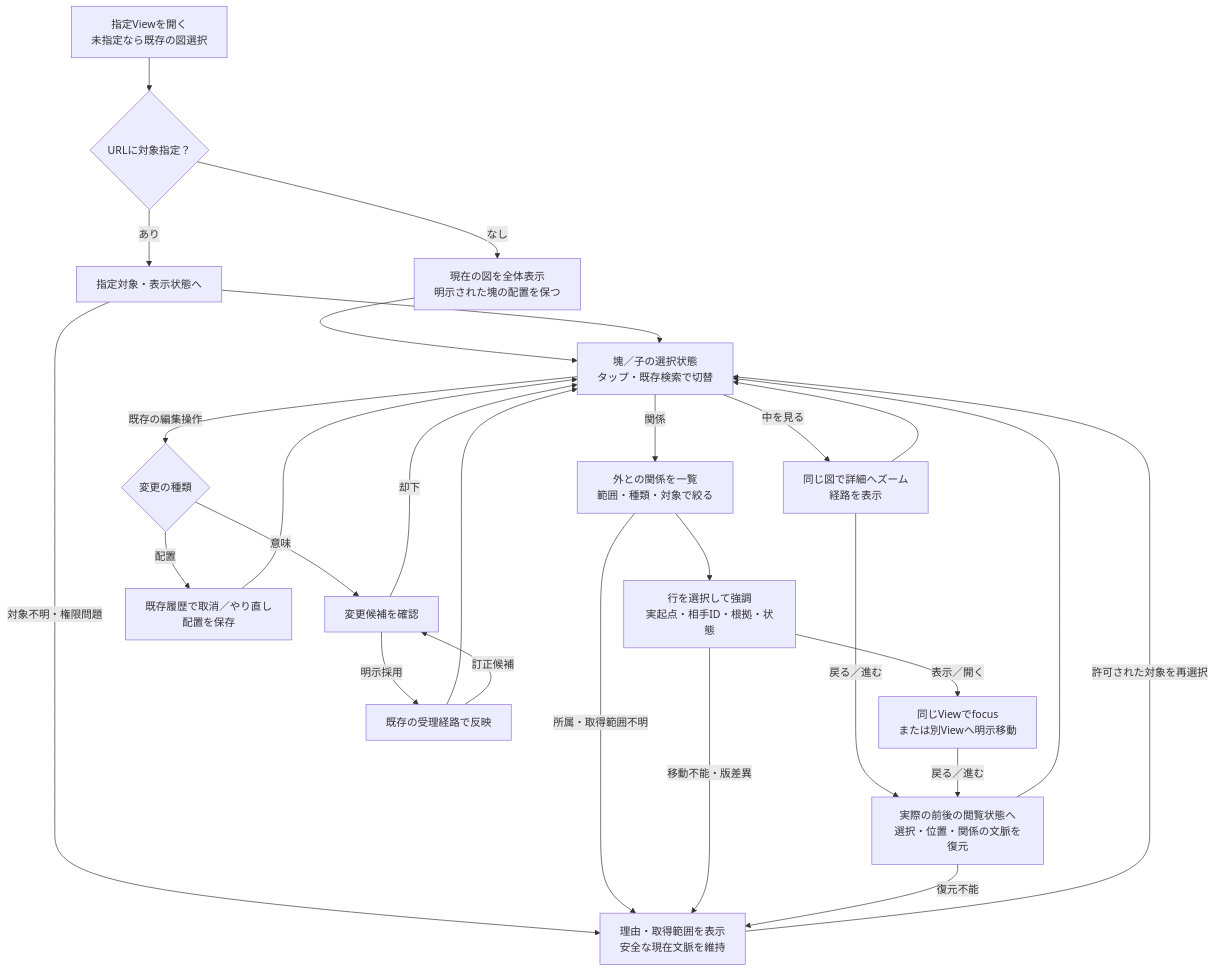
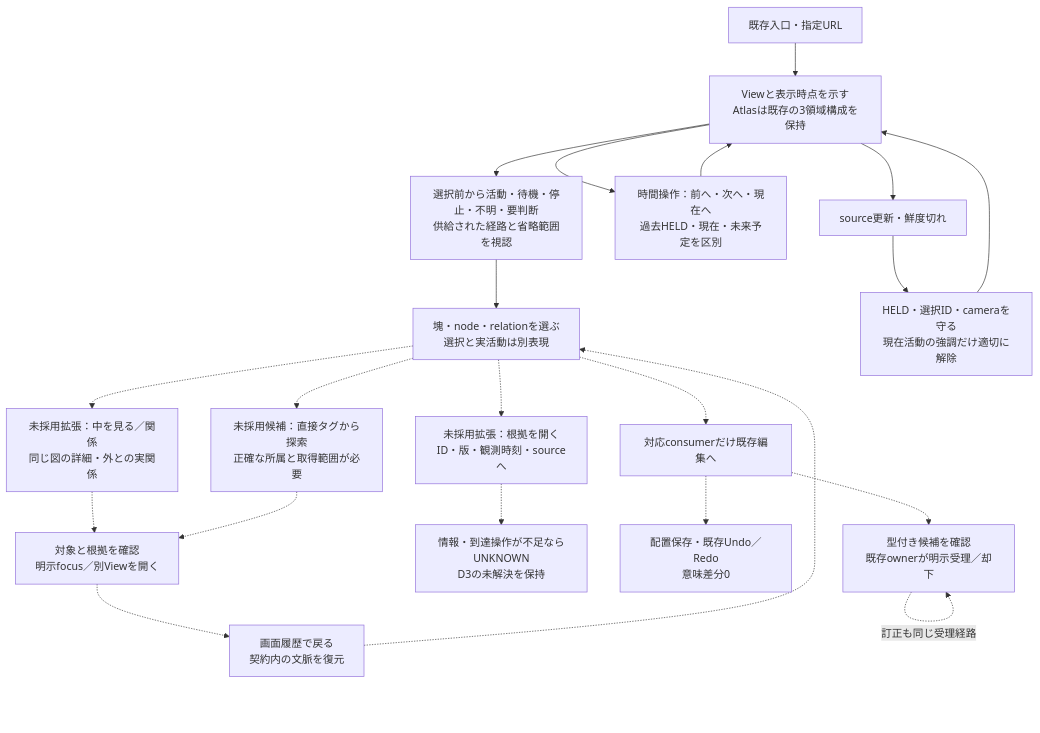
Before and after one commit to roccho-dev/ui: the first of 2 diagrams in docs/proposals/semantic-map-ux-verification-closure-345-397.md, drawn with Mermaid. The commit also changed other lines of this file, not shown here.

````diff
--- a/docs/proposals/semantic-map-ux-verification-closure-345-397.md
+++ b/docs/proposals/semantic-map-ux-verification-closure-345-397.md
@@ -78,29 +92,23 @@
 ```mermaid
 flowchart TD
-    A["指定Viewを開く<br/>未指定なら既存の図選択"] --> B{"URLに対象指定？"}
-    B -->|あり| C["指定対象・表示状態へ"]
-    B -->|なし| D["現在の図を全体表示<br/>明示された塊の配置を保つ"]
-    D --> S["塊／子の選択状態<br/>タップ・既存検索で切替"]
-    C --> S
-    S -->|中を見る| Z["同じ図で詳細へズーム<br/>経路を表示"]
-    Z --> S
-    S -->|関係| R["外との関係を一覧<br/>範囲・種類・対象で絞る"]
-    R --> T["行を選択して強調<br/>実起点・相手ID・根拠・状態"]
-    T -->|表示／開く| N["同じViewでfocus<br/>または別Viewへ明示移動"]
-    Z -->|戻る／進む| H["実際の前後の閲覧状態へ<br/>選択・位置・関係の文脈を復元"]
-    N -->|戻る／進む| H
-    H --> S
-    C -->|対象不明・権限問題| X["理由・取得範囲を表示<br/>安全な現在文脈を維持"]
-    R -->|所属・取得範囲不明| X
-    T -->|移動不能・版差異| X
-    H -->|復元不能| X
-    X -->|許可された対象を再選択| S
-    S -->|既存の編集操作| E{"変更の種類"}
-    E -->|配置| L["既存履歴で取消／やり直し<br/>配置を保存"]
-    E -->|意味| K["変更候補を確認"]
-    K -->|明示採用| O["既存の受理経路で反映"]
-    K -->|却下| S
-    L --> S
-    O --> S
-    O -->|訂正候補| K
+    A["既存入口・指定URL"] --> B["Viewと表示時点を示す<br/>Atlasは既存の3領域構成を保持"]
+    B --> C["選択前から活動・待機・停止・不明・要判断<br/>供給された経路と省略範囲を視認"]
+    C --> S["塊・node・relationを選ぶ<br/>選択と実活動は別表現"]
+    B --> T["時間操作：前へ・次へ・現在へ<br/>過去HELD・現在・未来予定を区別"]
+    T --> B
+    B --> U["source更新・鮮度切れ"]
+    U --> V["HELD・選択ID・cameraを守る<br/>現在活動の強調だけ適切に解除"]
+    V --> B
+    S -.-> D["未採用拡張：中を見る／関係<br/>同じ図の詳細・外との実関係"]
+    D -.-> N["対象と根拠を確認<br/>明示focus／別Viewを開く"]
+    N -.-> H["画面履歴で戻る<br/>契約内の文脈を復元"]
+    H -.-> S
+    S -.-> E["未採用拡張：根拠を開く<br/>ID・版・観測時刻・sourceへ"]
+    E -.-> X["情報・到達操作が不足ならUNKNOWN<br/>D3の未解決を保持"]
+    S -.-> TAG["未採用候補：直接タグから探索<br/>正確な所属と取得範囲が必要"]
+    TAG -.-> N
+    S -.-> EDIT["対応consumerだけ既存編集へ"]
+    EDIT -.-> L["配置保存・既存Undo／Redo<br/>意味差分0"]
+    EDIT -.-> K["型付き候補を確認<br/>既存ownerが明示受理／却下"]
+    K -.->|訂正も同じ受理経路| K
 ```
````
